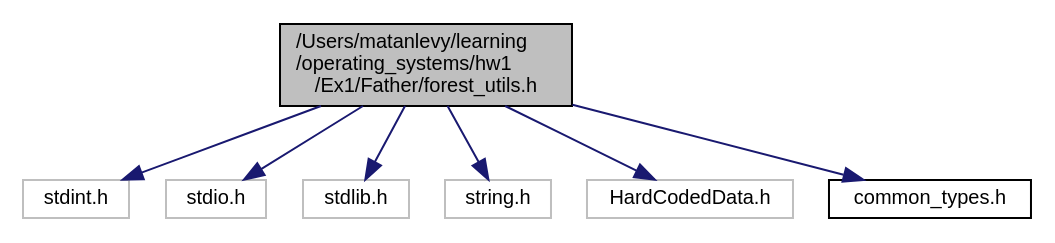
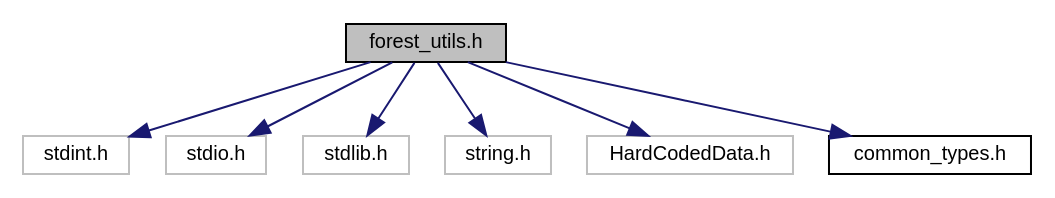
The diagram in forest__utils_8h__incl.dot (LevyMatan/ISP_ex1_doc), drawn with Graphviz before and after one commit. The commit also changed 81 other files, not shown here.

```diff
--- a/forest__utils_8h__incl.dot
+++ b/forest__utils_8h__incl.dot
@@ -1,20 +1,20 @@
-digraph "/Users/matanlevy/learning/operating_systems/hw1/Ex1/Father/forest_utils.h"
+digraph "forest_utils.h"
 {
  // INTERACTIVE_SVG=YES
  // LATEX_PDF_SIZE
   edge [fontname="Helvetica",fontsize="10",labelfontname="Helvetica",labelfontsize="10"];
   node [fontname="Helvetica",fontsize="10",shape=record];
-  Node1 [label="/Users/matanlevy/learning\l/operating_systems/hw1\l/Ex1/Father/forest_utils.h",height=0.2,width=0.4,color="black", fillcolor="grey75", style="filled", fontcolor="black",tooltip="This sub-module will handle all forest related functions."];
+  Node1 [label="forest_utils.h",height=0.2,width=0.4,color="black", fillcolor="grey75", style="filled", fontcolor="black",tooltip="This sub-module will handle all forest related functions."];
   Node1 -> Node2 [color="midnightblue",fontsize="10",style="solid",fontname="Helvetica"];
   Node2 [label="stdint.h",height=0.2,width=0.4,color="grey75", fillcolor="white", style="filled",tooltip=" "];
   Node1 -> Node3 [color="midnightblue",fontsize="10",style="solid",fontname="Helvetica"];
   Node3 [label="stdio.h",height=0.2,width=0.4,color="grey75", fillcolor="white", style="filled",tooltip=" "];
   Node1 -> Node4 [color="midnightblue",fontsize="10",style="solid",fontname="Helvetica"];
   Node4 [label="stdlib.h",height=0.2,width=0.4,color="grey75", fillcolor="white", style="filled",tooltip=" "];
   Node1 -> Node5 [color="midnightblue",fontsize="10",style="solid",fontname="Helvetica"];
   Node5 [label="string.h",height=0.2,width=0.4,color="grey75", fillcolor="white", style="filled",tooltip=" "];
   Node1 -> Node6 [color="midnightblue",fontsize="10",style="solid",fontname="Helvetica"];
   Node6 [label="HardCodedData.h",height=0.2,width=0.4,color="grey75", fillcolor="white", style="filled",tooltip=" "];
   Node1 -> Node7 [color="midnightblue",fontsize="10",style="solid",fontname="Helvetica"];
   Node7 [label="common_types.h",height=0.2,width=0.4,color="black", fillcolor="white", style="filled",URL="$common__types_8h.html",tooltip="Hold common defenitions and types."];
 }
```
